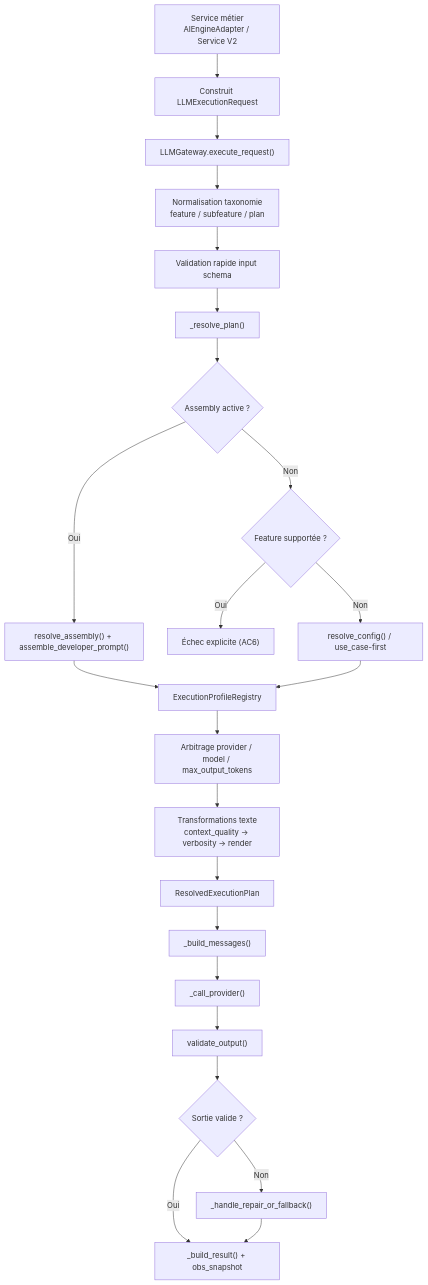
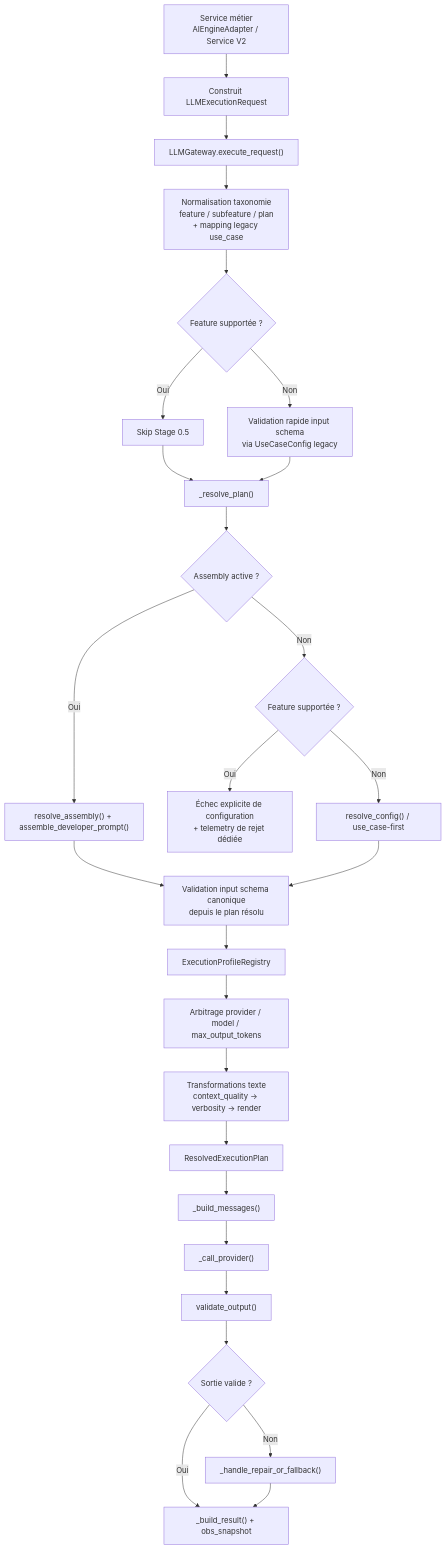
One commit to daconrilcy/horoscope_front changed the first of 6 diagrams in docs/llm-prompt-generation-by-feature.md. Above: the diagram before and after it, drawn with Mermaid. The commit also changed other lines of this file, not shown here.

Commit message:
docs(llm): align prompt pipeline guide with story 66.29

````diff
--- a/docs/llm-prompt-generation-by-feature.md
+++ b/docs/llm-prompt-generation-by-feature.md
@@ -57,28 +59,32 @@
 ```mermaid
 flowchart TD
     A["Service métier<br/>AIEngineAdapter / Service V2"] --> B["Construit LLMExecutionRequest"]
     B --> C["LLMGateway.execute_request()"]
-    C --> D["Normalisation taxonomie<br/>feature / subfeature / plan"]
-    D --> E["Validation rapide input schema"]
-    E --> F["_resolve_plan()"]
+    C --> D["Normalisation taxonomie<br/>feature / subfeature / plan<br/>+ mapping legacy use_case"]
+    D --> E{"Feature supportée ?"}
+    E -->|Oui| F["Skip Stage 0.5"]
+    E -->|Non| G["Validation rapide input schema<br/>via UseCaseConfig legacy"]
+    F --> H["_resolve_plan()"]
+    G --> H
 
-    F --> G{"Assembly active ?"}
-    G -->|Oui| H["resolve_assembly() + assemble_developer_prompt()"]
-    G -->|Non| I{"Feature supportée ?"}
-    I -->|Oui| J["Échec explicite (AC6)"]
-    I -->|Non| K["resolve_config() / use_case-first"]
+    H --> I{"Assembly active ?"}
+    I -->|Oui| J["resolve_assembly() + assemble_developer_prompt()"]
+    I -->|Non| K{"Feature supportée ?"}
+    K -->|Oui| L["Échec explicite de configuration<br/>+ telemetry de rejet dédiée"]
+    K -->|Non| M["resolve_config() / use_case-first"]
 
-    H --> L["ExecutionProfileRegistry"]
-    K --> L
+    J --> N["Validation input schema canonique<br/>depuis le plan résolu"]
+    M --> N
 
-    L --> M["Arbitrage provider / model / max_output_tokens"]
-    M --> N["Transformations texte<br/>context_quality -> verbosity -> render"]
-    N --> O["ResolvedExecutionPlan"]
-    O --> P["_build_messages()"]
-    P --> Q["_call_provider()"]
-    Q --> R["validate_output()"]
-    R --> S{"Sortie valide ?"}
-    S -->|Oui| T["_build_result() + obs_snapshot"]
-    S -->|Non| U["_handle_repair_or_fallback()"]
-    U --> T
+    N --> O["ExecutionProfileRegistry"]
+    O --> P["Arbitrage provider / model / max_output_tokens"]
+    P --> Q["Transformations texte<br/>context_quality -> verbosity -> render"]
+    Q --> R["ResolvedExecutionPlan"]
+    R --> S["_build_messages()"]
+    S --> T["_call_provider()"]
+    T --> U["validate_output()"]
+    U --> V{"Sortie valide ?"}
+    V -->|Oui| W["_build_result() + obs_snapshot"]
+    V -->|Non| X["_handle_repair_or_fallback()"]
+    X --> W
 ```
````
